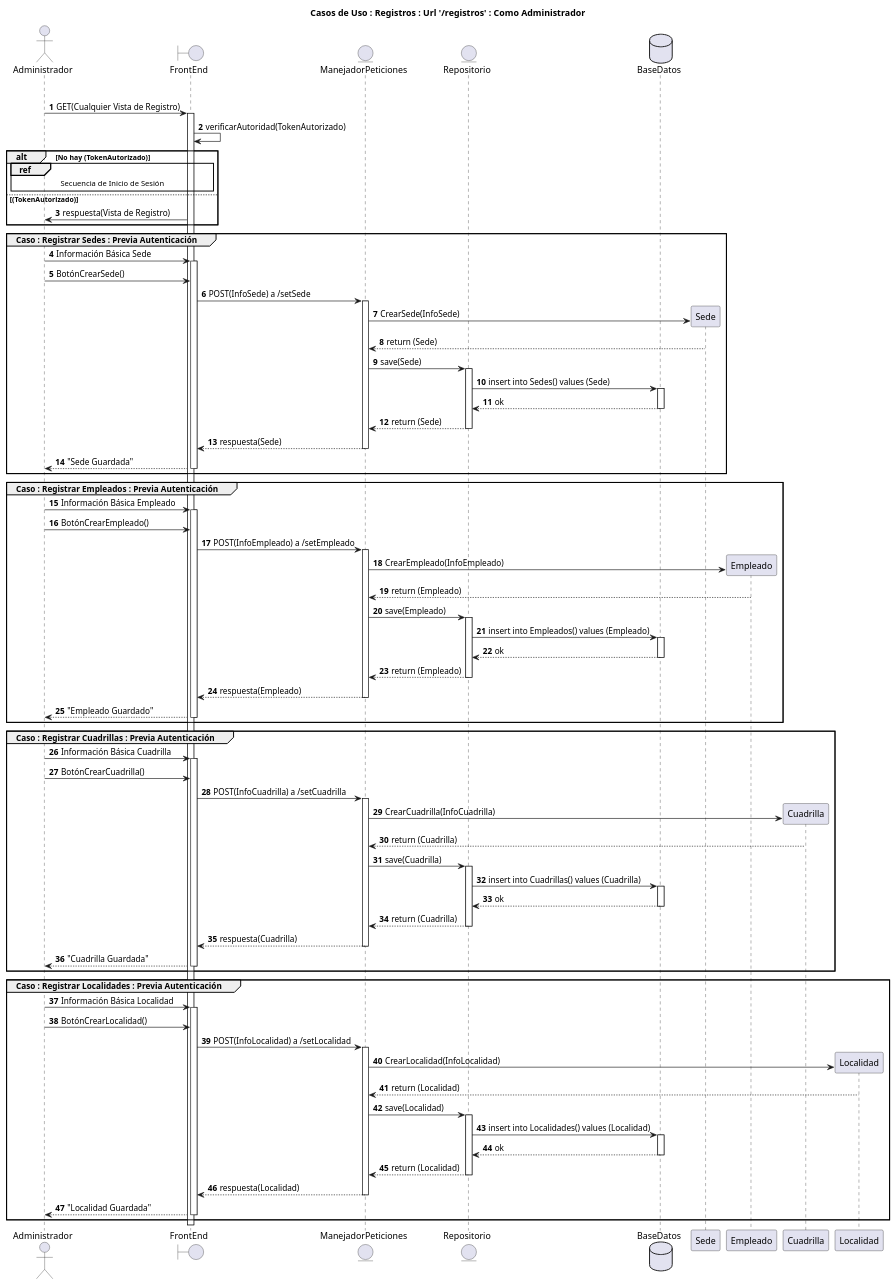
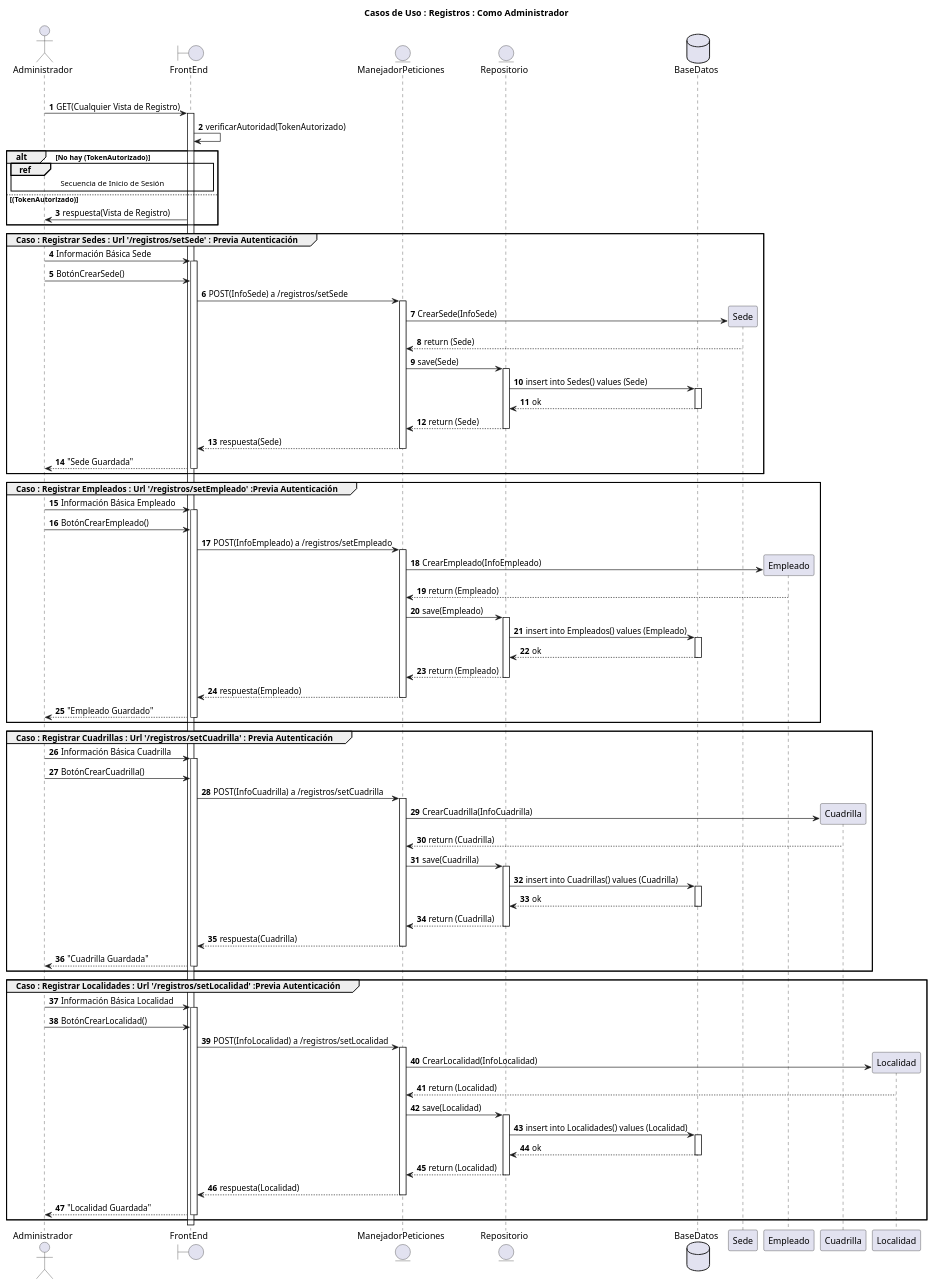
Before and after one commit to sfelipehh/ProgramacionAplicada: the diagram in diagramas/DiagramaDeSecuencia_Registros_Admin.puml, drawn with PlantUML. The commit also changed 36 other files, not shown here.

Commit message:
Correción del MR y de otros diagramas; entidades, repositorios, y urls de registro y consulta creadas

```diff
--- a/diagramas/DiagramaDeSecuencia_Registros_Admin.puml
+++ b/diagramas/DiagramaDeSecuencia_Registros_Admin.puml
@@ -1,77 +1,77 @@
 @startuml
 'https://plantuml.com/sequence-diagram
-title Casos de Uso : Registros : Url '/registros' : Como Administrador
+title Casos de Uso : Registros : Como Administrador
 
 actor Administrador
 boundary FrontEnd
 entity ManejadorPeticiones
 entity Repositorio
 database BaseDatos
 
 autonumber
 group Comprobación Autenticación
 Administrador -> FrontEnd ++ : GET(Cualquier Vista de Registro)
 FrontEnd -> FrontEnd : verificarAutoridad(TokenAutorizado)
 alt No hay (TokenAutorizado)
 ref over Administrador,FrontEnd : Secuencia de Inicio de Sesión
 else (TokenAutorizado)
 FrontEnd -> Administrador : respuesta(Vista de Registro)
 end
 
-group Caso : Registrar Sedes : Previa Autenticación
+group Caso : Registrar Sedes : Url '/registros/setSede' : Previa Autenticación
 Administrador -> FrontEnd ++ : Información Básica Sede
 Administrador -> FrontEnd : BotónCrearSede()
-FrontEnd -> ManejadorPeticiones ++ : POST(InfoSede) a /setSede
+FrontEnd -> ManejadorPeticiones ++ : POST(InfoSede) a /registros/setSede
 ManejadorPeticiones -> Sede ** : CrearSede(InfoSede)
 Sede --> ManejadorPeticiones : return (Sede)
 ManejadorPeticiones -> Repositorio ++ : save(Sede)
 Repositorio -> BaseDatos ++ : insert into Sedes() values (Sede)
 BaseDatos --> Repositorio -- : ok
 Repositorio --> ManejadorPeticiones -- : return (Sede)
 ManejadorPeticiones --> FrontEnd -- : respuesta(Sede)
 FrontEnd --> Administrador -- : "Sede Guardada"
 end
 
-group Caso : Registrar Empleados : Previa Autenticación
+group Caso : Registrar Empleados : Url '/registros/setEmpleado' :Previa Autenticación
 Administrador -> FrontEnd ++ : Información Básica Empleado
 Administrador -> FrontEnd : BotónCrearEmpleado()
-FrontEnd -> ManejadorPeticiones ++ : POST(InfoEmpleado) a /setEmpleado
+FrontEnd -> ManejadorPeticiones ++ : POST(InfoEmpleado) a /registros/setEmpleado
 ManejadorPeticiones -> Empleado ** : CrearEmpleado(InfoEmpleado)
 Empleado --> ManejadorPeticiones : return (Empleado)
 ManejadorPeticiones -> Repositorio ++ : save(Empleado)
 Repositorio -> BaseDatos ++ : insert into Empleados() values (Empleado)
 BaseDatos --> Repositorio -- : ok
 Repositorio --> ManejadorPeticiones -- : return (Empleado)
 ManejadorPeticiones --> FrontEnd -- : respuesta(Empleado)
 FrontEnd --> Administrador -- : "Empleado Guardado"
 end
 
-group Caso : Registrar Cuadrillas : Previa Autenticación
+group Caso : Registrar Cuadrillas : Url '/registros/setCuadrilla' : Previa Autenticación
 Administrador -> FrontEnd ++ : Información Básica Cuadrilla
 Administrador -> FrontEnd : BotónCrearCuadrilla()
-FrontEnd -> ManejadorPeticiones ++ : POST(InfoCuadrilla) a /setCuadrilla
+FrontEnd -> ManejadorPeticiones ++ : POST(InfoCuadrilla) a /registros/setCuadrilla
 ManejadorPeticiones -> Cuadrilla ** : CrearCuadrilla(InfoCuadrilla)
 Cuadrilla --> ManejadorPeticiones : return (Cuadrilla)
 ManejadorPeticiones -> Repositorio ++ : save(Cuadrilla)
 Repositorio -> BaseDatos ++ : insert into Cuadrillas() values (Cuadrilla)
 BaseDatos --> Repositorio -- : ok
 Repositorio --> ManejadorPeticiones -- : return (Cuadrilla)
 ManejadorPeticiones --> FrontEnd -- : respuesta(Cuadrilla)
 FrontEnd --> Administrador -- : "Cuadrilla Guardada"
 end
 
-group Caso : Registrar Localidades : Previa Autenticación
+group Caso : Registrar Localidades : Url '/registros/setLocalidad' :Previa Autenticación
 Administrador -> FrontEnd ++ : Información Básica Localidad
 Administrador -> FrontEnd : BotónCrearLocalidad()
-FrontEnd -> ManejadorPeticiones ++ : POST(InfoLocalidad) a /setLocalidad
+FrontEnd -> ManejadorPeticiones ++ : POST(InfoLocalidad) a /registros/setLocalidad
 ManejadorPeticiones -> Localidad ** : CrearLocalidad(InfoLocalidad)
 Localidad --> ManejadorPeticiones : return (Localidad)
 ManejadorPeticiones -> Repositorio ++ : save(Localidad)
 Repositorio -> BaseDatos ++ : insert into Localidades() values (Localidad)
 BaseDatos --> Repositorio -- : ok
 Repositorio --> ManejadorPeticiones -- : return (Localidad)
 ManejadorPeticiones --> FrontEnd -- : respuesta(Localidad)
 FrontEnd --> Administrador -- : "Localidad Guardada"
 end
 
 @enduml
```
